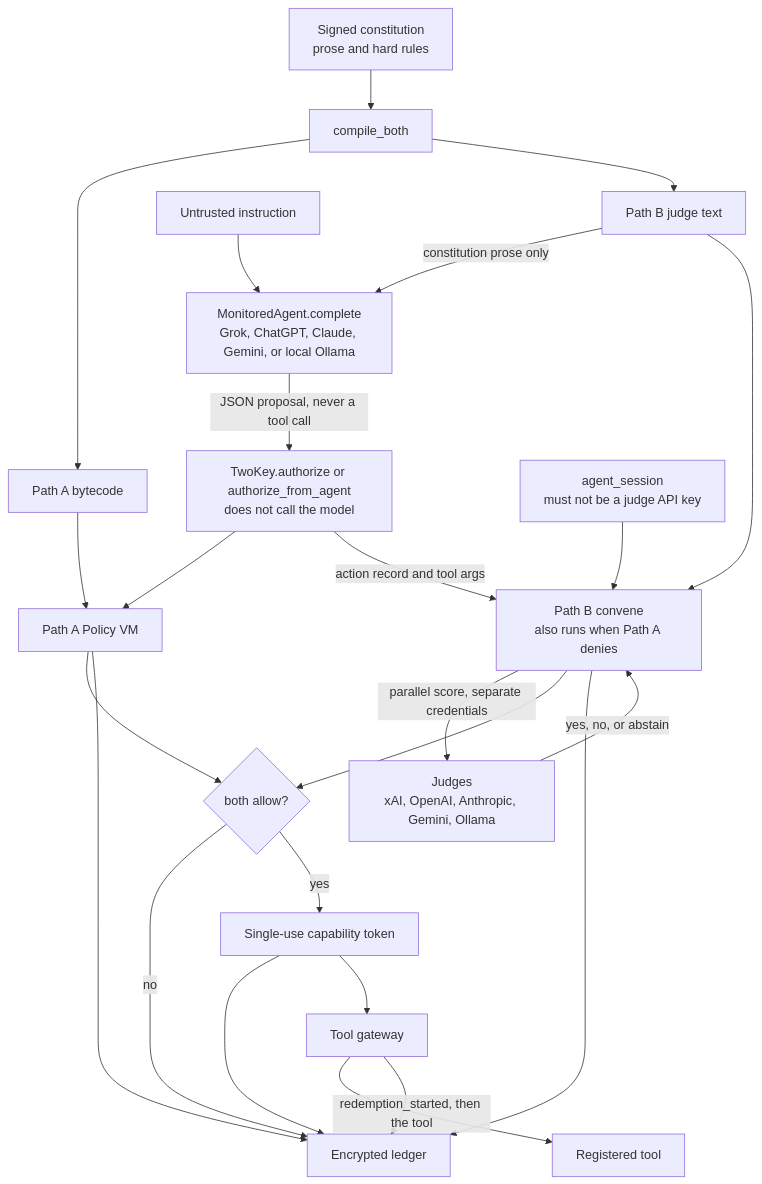
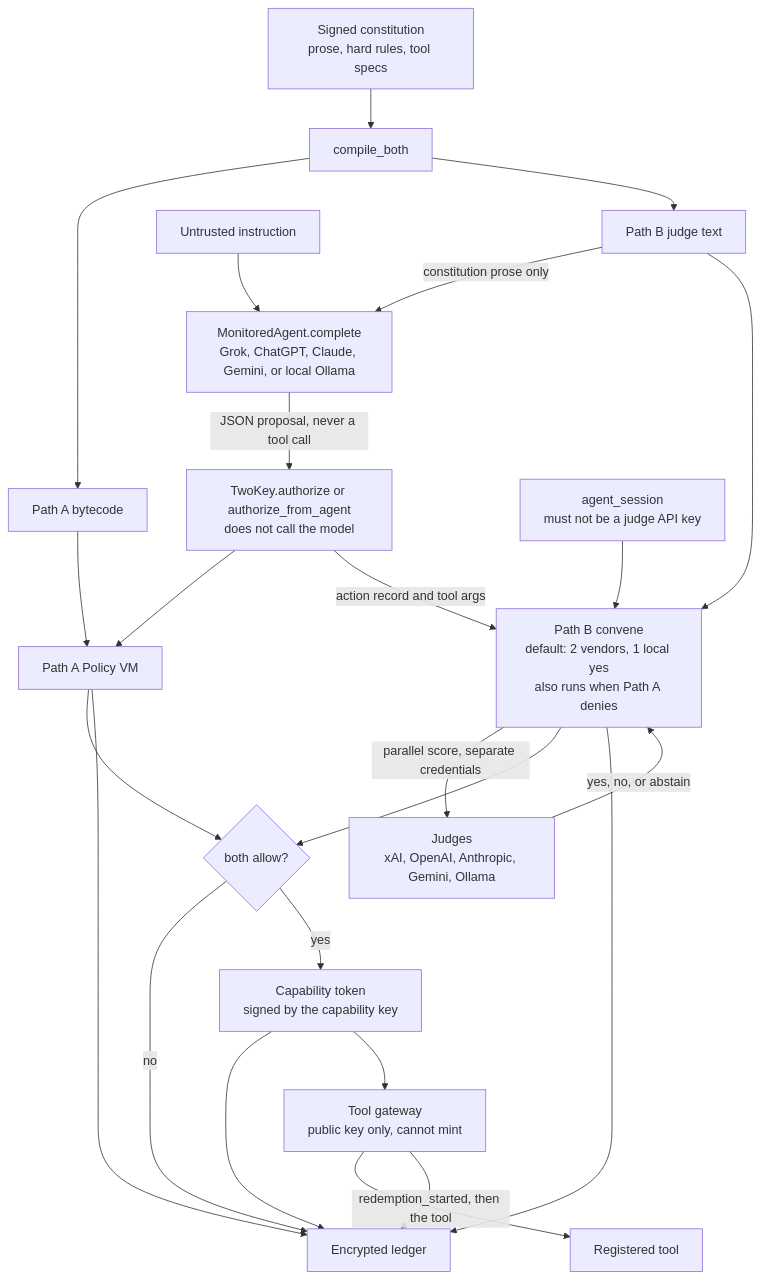
One commit to Insomniac-VibeLabs/two-key-concept changed the first of 2 diagrams in README.md. Above: the diagram before and after it, drawn with Mermaid. The commit also changed other lines of this file and 22 other files, not shown here.

First line of the commit message:
Require tool specs, split the minting key, and default diversity floors on.

````diff
--- a/README.md
+++ b/README.md
@@ -49,26 +54,26 @@
 ```mermaid
 flowchart TD
-  constitution["Signed constitution<br/>prose and hard rules"] --> compile["compile_both"]
+  constitution["Signed constitution<br/>prose, hard rules, tool specs"] --> compile["compile_both"]
   compile --> bytecode["Path A bytecode"]
   compile --> judgeText["Path B judge text"]
   instruction["Untrusted instruction"] --> agent["MonitoredAgent.complete<br/>Grok, ChatGPT, Claude, Gemini, or local Ollama"]
   judgeText -->|"constitution prose only"| agent
   agent -->|"JSON proposal, never a tool call"| authorize["TwoKey.authorize or authorize_from_agent<br/>does not call the model"]
   bytecode --> pathA["Path A Policy VM"]
   authorize --> pathA
-  authorize -->|"action record and tool args"| pathB["Path B convene<br/>also runs when Path A denies"]
+  authorize -->|"action record and tool args"| pathB["Path B convene<br/>default: 2 vendors, 1 local yes<br/>also runs when Path A denies"]
   judgeText --> pathB
   session["agent_session<br/>must not be a judge API key"] --> pathB
   pathB -->|"parallel score, separate credentials"| judges["Judges<br/>xAI, OpenAI, Anthropic, Gemini, Ollama"]
   judges -->|"yes, no, or abstain"| pathB
   pathA --> gate{"both allow?"}
   pathB --> gate
   pathA --> ledger["Encrypted ledger"]
   pathB --> ledger
   gate -->|no| ledger
-  gate -->|yes| token["Single-use capability token"]
+  gate -->|yes| token["Capability token<br/>signed by the capability key"]
   token --> ledger
-  token --> gateway["Tool gateway"]
+  token --> gateway["Tool gateway<br/>public key only, cannot mint"]
   gateway -->|"redemption_started, then the tool"| tool["Registered tool"]
   gateway --> ledger
 ```
````
